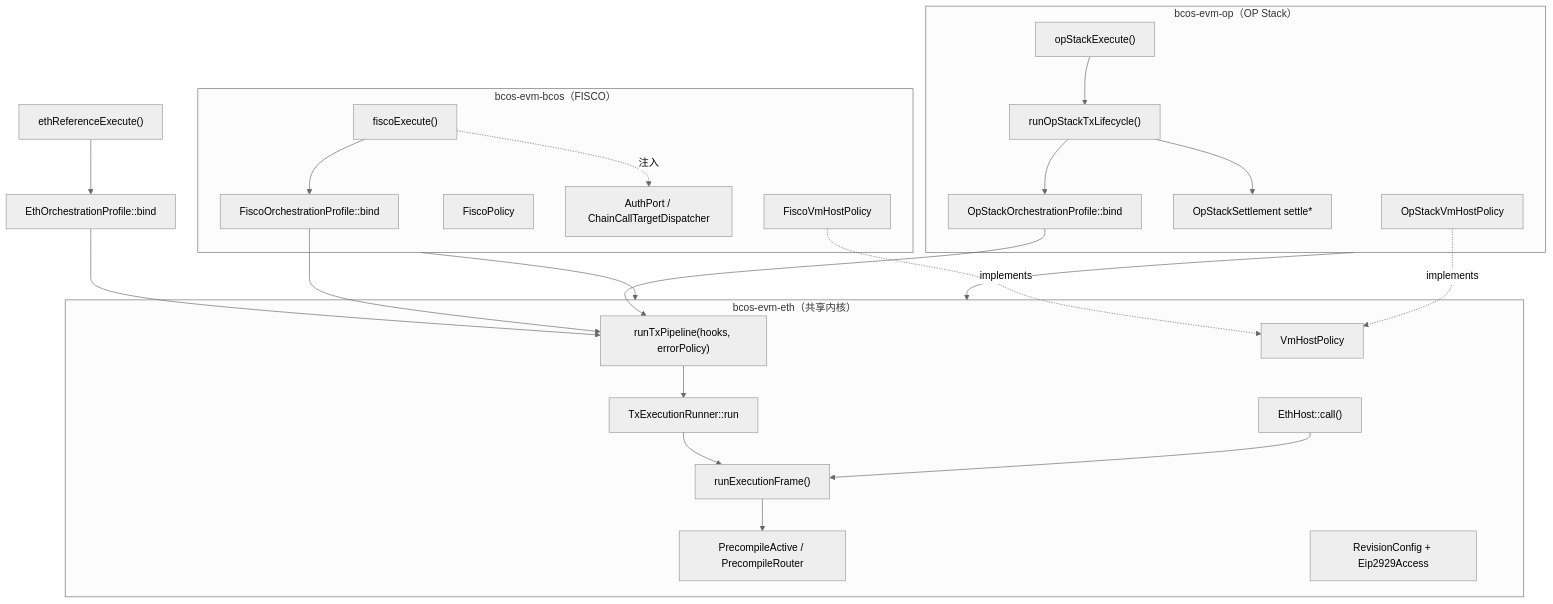
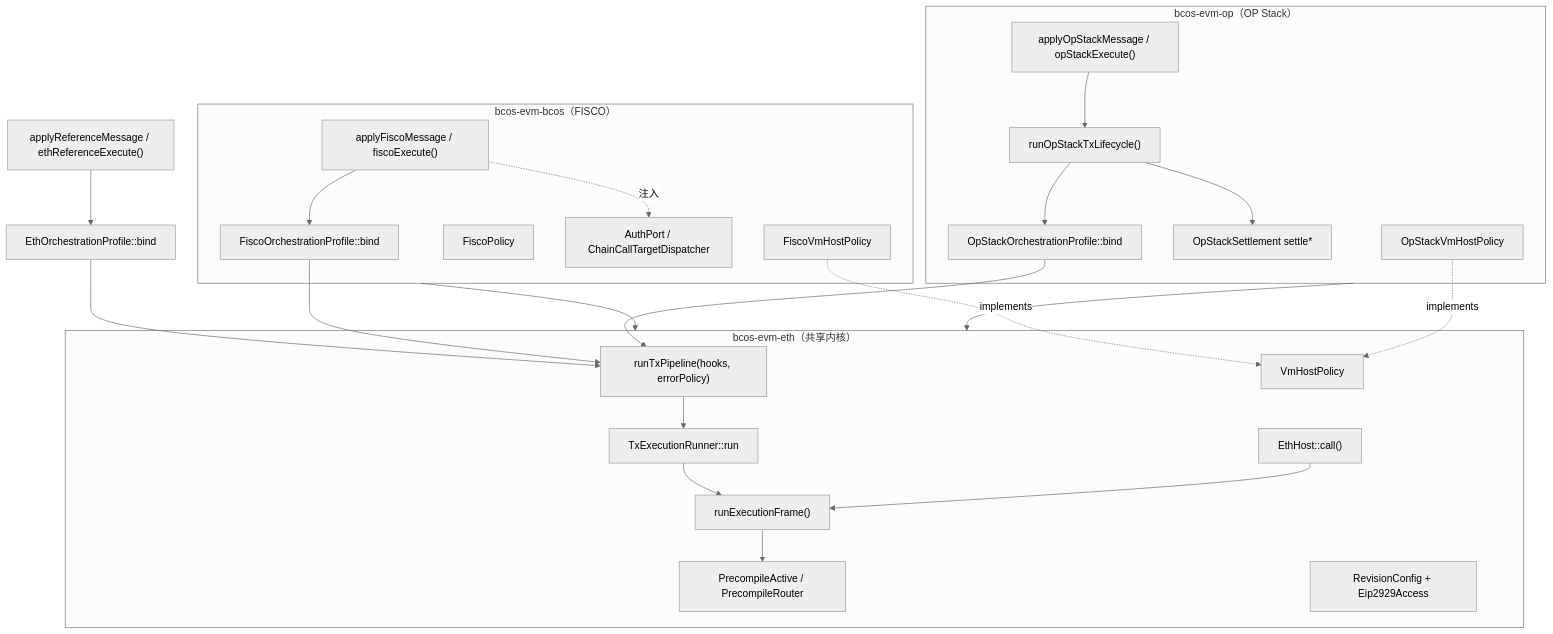
One commit to ywy2090/FISCO-BCOS changed the diagram in bcos-evm/docs/architecture-overview.md. Above: the diagram before and after it, drawn with Mermaid (neutral theme). The commit also changed other lines of this file and 3 other files, not shown here.

Commit message:
docs(bcos-evm): document apply*Message as geth ApplyMessage aliases

````diff
--- a/bcos-evm/docs/architecture-overview.md
+++ b/bcos-evm/docs/architecture-overview.md
@@ -36,41 +36,41 @@
 ```mermaid
 graph TD
     subgraph kernel["bcos-evm-eth（共享内核）"]
         RO["runTxPipeline(hooks, errorPolicy)"]
         TEA["TxExecutionRunner::run"]
         EF["runExecutionFrame()"]
         PA["PrecompileActive / PrecompileRouter"]
         EH["EthHost::call()"]
         VHP["VmHostPolicy"]
         RC["RevisionConfig + Eip2929Access"]
     end
     subgraph bcos["bcos-evm-bcos（FISCO）"]
-        FEB["fiscoExecute()"]
+        FEB["applyFiscoMessage / fiscoExecute()"]
         FOP["FiscoOrchestrationProfile::bind"]
         FVP["FiscoVmHostPolicy"]
         FP["FiscoPolicy"]
         PORTS["AuthPort / ChainCallTargetDispatcher"]
     end
     subgraph op["bcos-evm-op（OP Stack）"]
-        OEB["opStackExecute()"]
+        OEB["applyOpStackMessage / opStackExecute()"]
         OTL["runOpStackTxLifecycle()"]
         OOP["OpStackOrchestrationProfile::bind"]
         OSET["OpStackSettlement settle*"]
         OVP["OpStackVmHostPolicy"]
     end
-    ETH["ethReferenceExecute()"] --> EOP["EthOrchestrationProfile::bind"]
+    ETH["applyReferenceMessage / ethReferenceExecute()"] --> EOP["EthOrchestrationProfile::bind"]
     EOP --> RO
     FEB --> FOP --> RO
     OEB --> OTL
     OTL --> OOP --> RO
     OTL --> OSET
     RO --> TEA
     TEA --> EF
     EF --> PA
     EH --> EF
     FVP -.implements.-> VHP
     OVP -.implements.-> VHP
     FEB -. 注入 .-> PORTS
     bcos --> kernel
     op --> kernel
 ```
````
